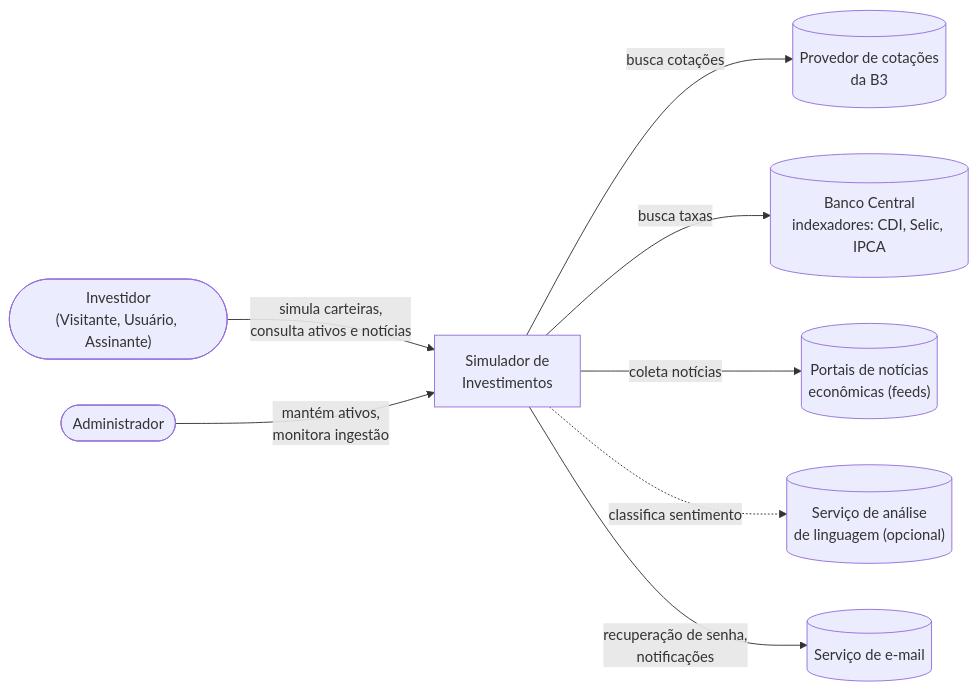
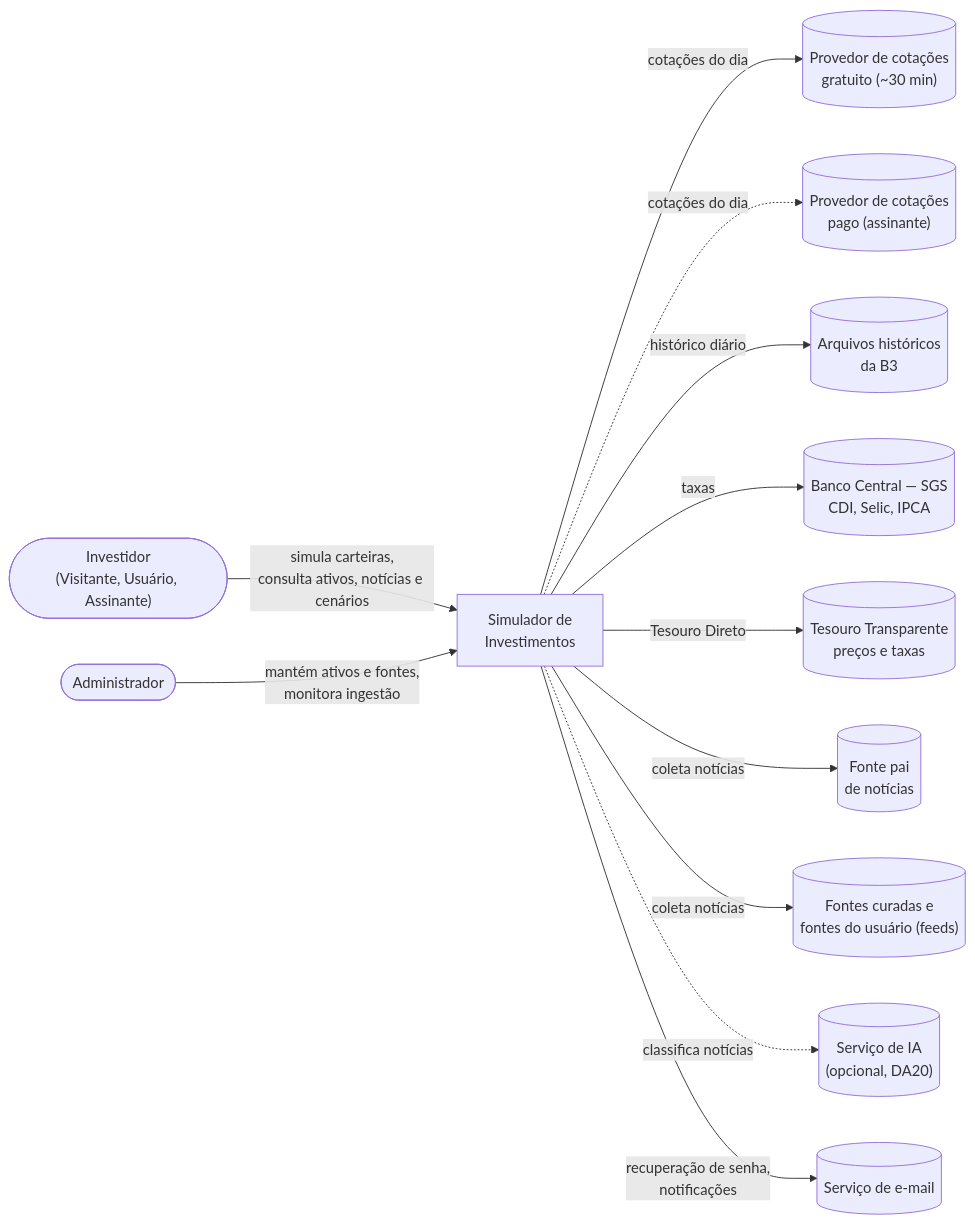
Before and after one commit to AnjiNight/Revolution-THE-BOB: the first of 9 diagrams in arquitetura.md, drawn with Mermaid. The commit also changed other lines of this file and 24 other files, not shown here.

````diff
--- a/arquitetura.md
+++ b/arquitetura.md
@@ -303,19 +104,27 @@
 ```mermaid
 flowchart LR
     U(["Investidor<br/>(Visitante, Usuário, Assinante)"])
     ADM(["Administrador"])
     SIS["Simulador de<br/>Investimentos"]
-    COT[("Provedor de cotações<br/>da B3")]
-    BC[("Banco Central<br/>indexadores: CDI, Selic, IPCA")]
-    NOT[("Portais de notícias<br/>econômicas (feeds)")]
-    IA[("Serviço de análise<br/>de linguagem (opcional)")]
+    COT[("Provedor de cotações<br/>gratuito (~30 min)")]
+    COTP[("Provedor de cotações<br/>pago (assinante)")]
+    B3[("Arquivos históricos<br/>da B3")]
+    BC[("Banco Central — SGS<br/>CDI, Selic, IPCA")]
+    TES[("Tesouro Transparente<br/>preços e taxas")]
+    PAI[("Fonte pai<br/>de notícias")]
+    NOT[("Fontes curadas e<br/>fontes do usuário (feeds)")]
+    IA[("Serviço de IA<br/>(opcional, DA20)")]
     MAIL[("Serviço de e-mail")]
 
-    U -- "simula carteiras,<br/>consulta ativos e notícias" --> SIS
-    ADM -- "mantém ativos,<br/>monitora ingestão" --> SIS
-    SIS -- "busca cotações" --> COT
-    SIS -- "busca taxas" --> BC
+    U -- "simula carteiras,<br/>consulta ativos, notícias e cenários" --> SIS
+    ADM -- "mantém ativos e fontes,<br/>monitora ingestão" --> SIS
+    SIS -- "cotações do dia" --> COT
+    SIS -. "cotações do dia" .-> COTP
+    SIS -- "histórico diário" --> B3
+    SIS -- "taxas" --> BC
+    SIS -- "Tesouro Direto" --> TES
+    SIS -- "coleta notícias" --> PAI
     SIS -- "coleta notícias" --> NOT
-    SIS -. "classifica sentimento" .-> IA
+    SIS -. "classifica notícias" .-> IA
     SIS -- "recuperação de senha,<br/>notificações" --> MAIL
 ```
````
